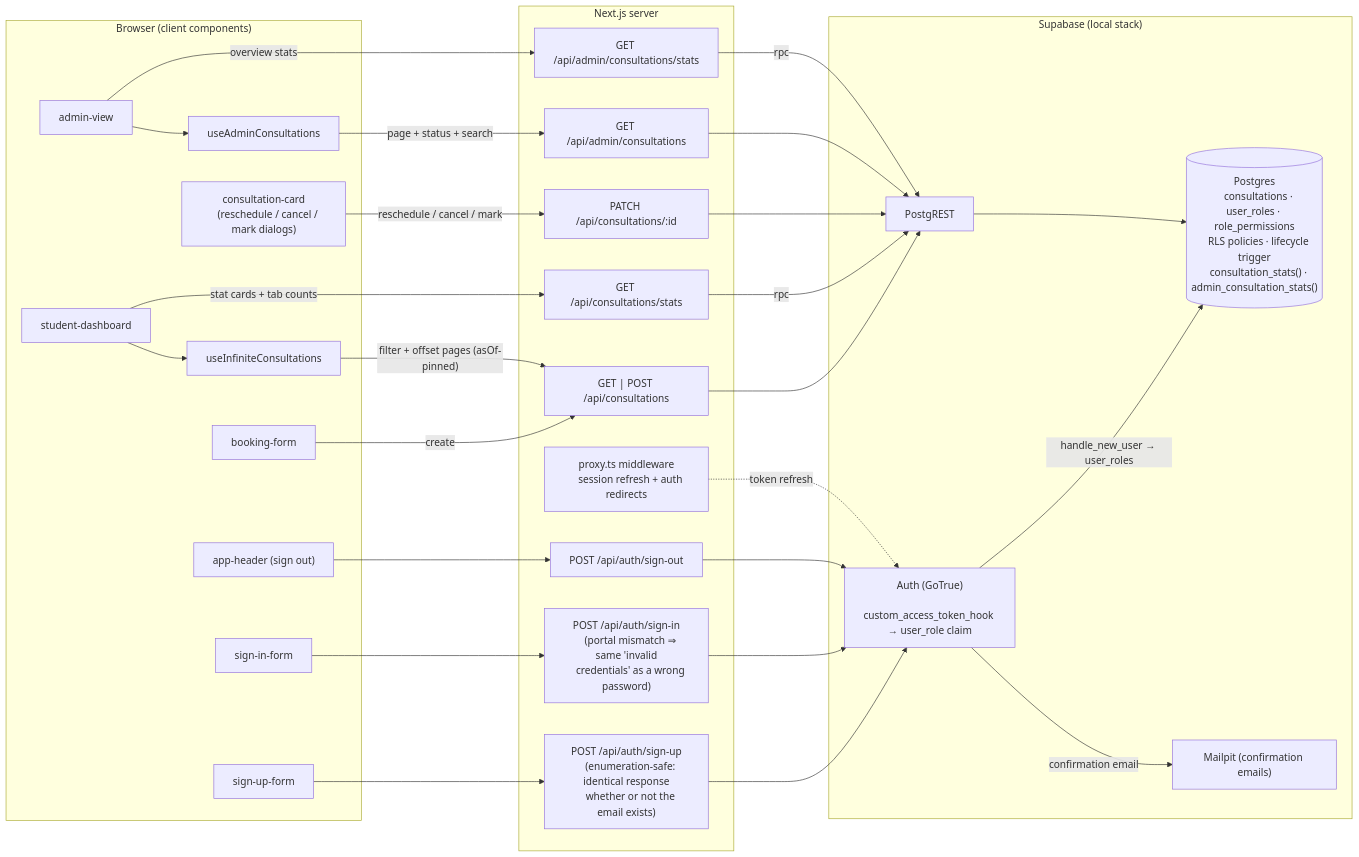
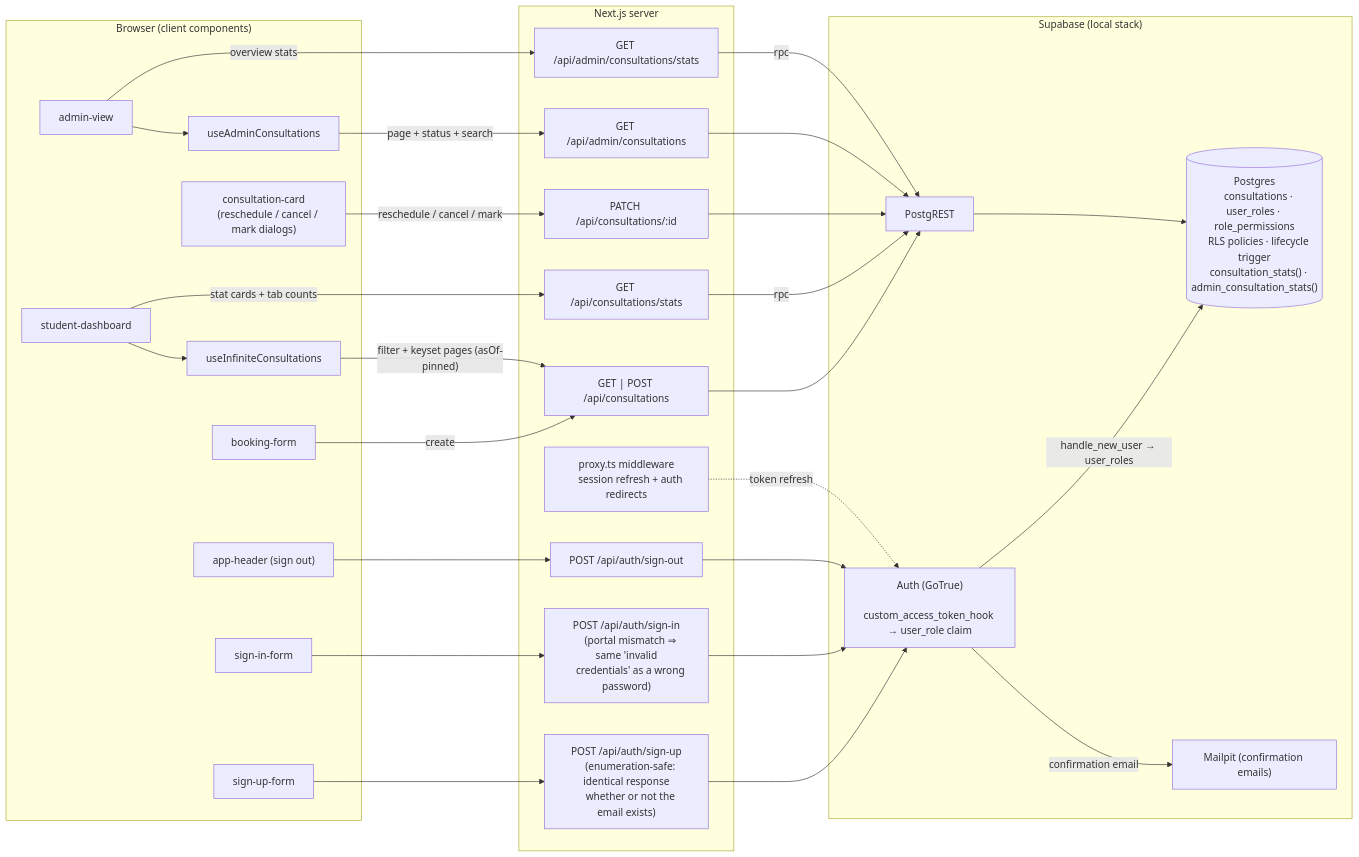
The diagram in README.md (andylu0129/mini-lms-v2), drawn with Mermaid before and after one commit. The commit also changed other lines of this file and 9 other files, not shown here.

````diff
--- a/README.md
+++ b/README.md
@@ -372,68 +372,68 @@
 ```mermaid
 flowchart LR
   subgraph Browser["Browser (client components)"]
     SU["sign-up-form"]
     SI["sign-in-form"]
     AH["app-header (sign out)"]
     BF["booking-form"]
     SD["student-dashboard"]
     HI["useInfiniteConsultations"]
     CC["consultation-card
     (reschedule / cancel / mark dialogs)"]
     AV["admin-view"]
     HA["useAdminConsultations"]
   end
 
   subgraph Next["Next.js server"]
     MW["proxy.ts middleware
     session refresh + auth redirects"]
     A1["POST /api/auth/sign-up
     (enumeration-safe: identical response
     whether or not the email exists)"]
     A2["POST /api/auth/sign-in
     (portal mismatch ⇒ same 'invalid
     credentials' as a wrong password)"]
     A3["POST /api/auth/sign-out"]
     C1["GET | POST /api/consultations"]
     C2["GET /api/consultations/stats"]
     C3["PATCH /api/consultations/:id"]
     D1["GET /api/admin/consultations"]
     D2["GET /api/admin/consultations/stats"]
   end
 
   subgraph Supabase["Supabase (local stack)"]
     AUTH["Auth (GoTrue)
     custom_access_token_hook → user_role claim"]
     PREST["PostgREST"]
     DB[("Postgres
     consultations · user_roles · role_permissions
     RLS policies · lifecycle trigger
     consultation_stats() · admin_consultation_stats()")]
     MAIL["Mailpit (confirmation emails)"]
   end
 
   SU --> A1
   SI --> A2
   AH --> A3
   BF -->|create| C1
   SD -->|stat cards + tab counts| C2
   SD --> HI
-  HI -->|"filter + offset pages (asOf-pinned)"| C1
+  HI -->|"filter + keyset pages (asOf-pinned)"| C1
   CC -->|reschedule / cancel / mark| C3
   AV --> HA
   HA -->|page + status + search| D1
   AV -->|overview stats| D2
 
   A1 --> AUTH
   A2 --> AUTH
   A3 --> AUTH
   MW -.->|token refresh| AUTH
   AUTH -->|confirmation email| MAIL
   AUTH -->|handle_new_user → user_roles| DB
   C1 --> PREST
   C2 -->|rpc| PREST
   C3 --> PREST
   D1 --> PREST
   D2 -->|rpc| PREST
   PREST --> DB
 ```
````
